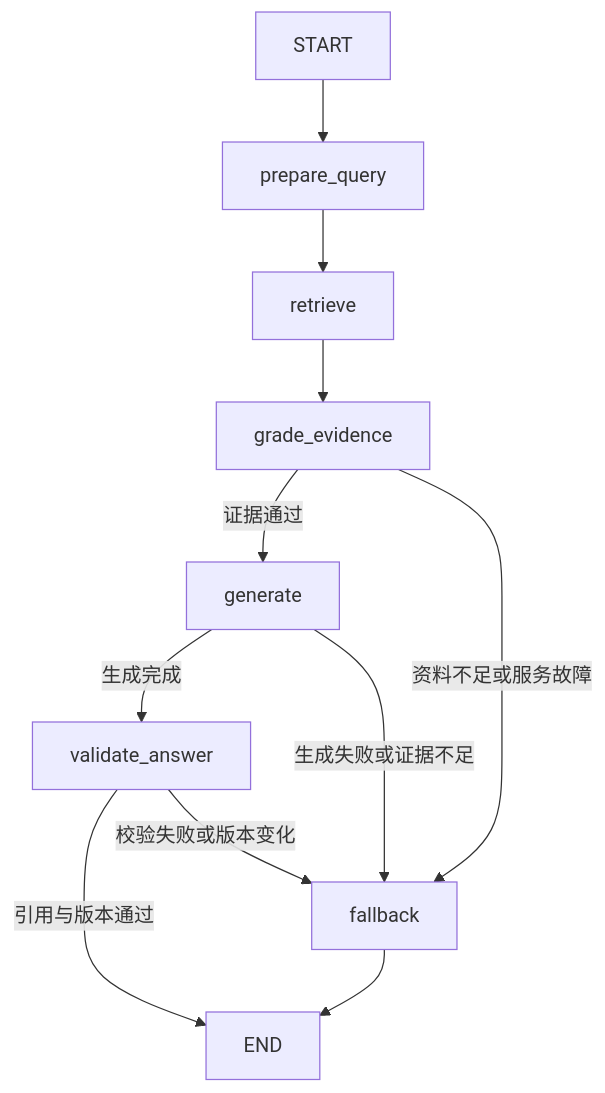
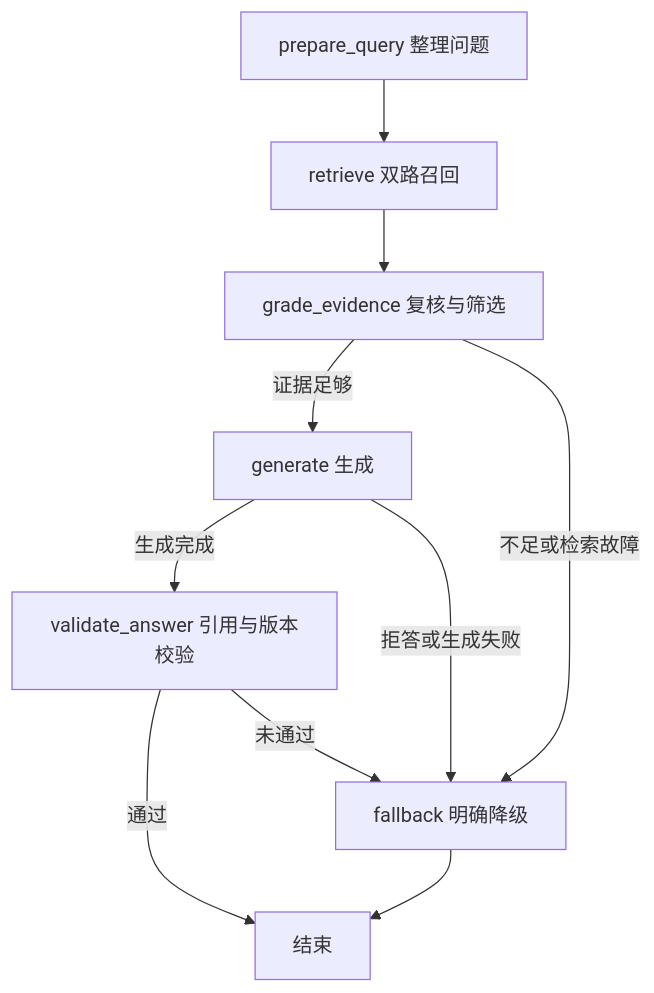
One commit to KRISACHAN/ying-practice changed the second of 2 diagrams in KRISIN2026/ai-agent-demo/rag-system/README.md. Above: the diagram before and after it, drawn with Mermaid. The commit also changed other lines of this file and 41 other files, not shown here.

````diff
--- a/KRISIN2026/ai-agent-demo/rag-system/README.md
+++ b/KRISIN2026/ai-agent-demo/rag-system/README.md
@@ -137,13 +151,12 @@
 ```mermaid
 flowchart TD
-  START --> Q[prepare_query]
-  Q --> R[retrieve]
-  R --> G[grade_evidence]
-  G -->|证据通过| A[generate]
-  G -->|资料不足或服务故障| F[fallback]
-  A -->|生成完成| V[validate_answer]
-  A -->|生成失败或证据不足| F
-  V -->|引用与版本通过| END
-  V -->|校验失败或版本变化| F
-  F --> END
+  Q[prepare_query 整理问题] --> R[retrieve 双路召回]
+  R --> G[grade_evidence 复核与筛选]
+  G -->|证据足够| A[generate 生成]
+  G -->|不足或检索故障| F[fallback 明确降级]
+  A -->|生成完成| V[validate_answer 引用与版本校验]
+  A -->|拒答或生成失败| F
+  V -->|通过| E[结束]
+  V -->|未通过| F
+  F --> E
 ```
````
